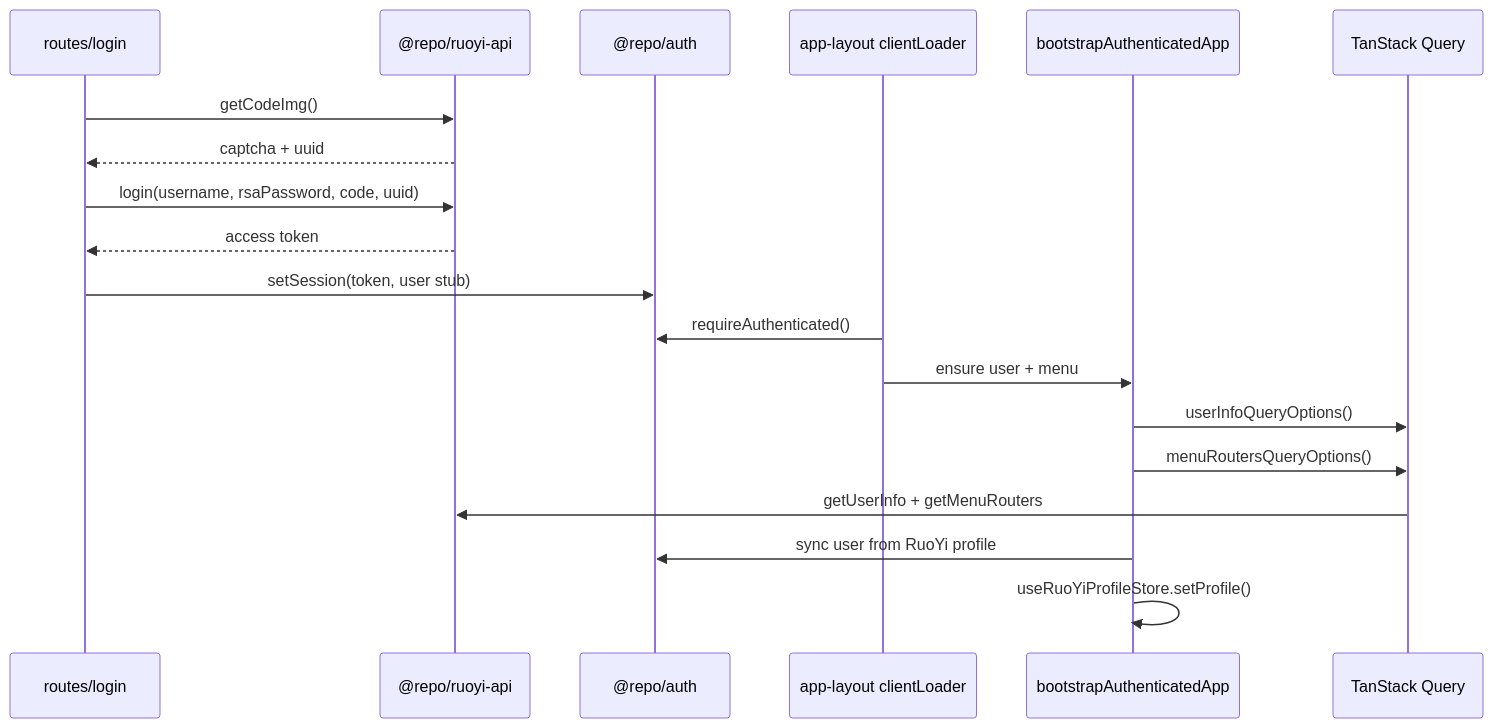
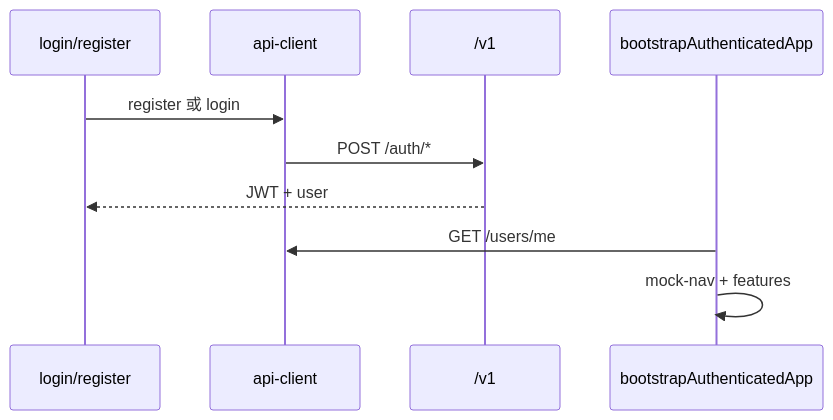
The diagram in docs/architecture/backend-integration.md (dujiaoai/map-design), drawn with Mermaid before and after one commit. The commit also changed other lines of this file and 15 other files, not shown here.

````diff
--- a/docs/architecture/backend-integration.md
+++ b/docs/architecture/backend-integration.md
@@ -63,23 +45,13 @@
 ```mermaid
 sequenceDiagram
-  participant Login as routes/login
-  participant RuoYi as @repo/ruoyi-api
-  participant Auth as @repo/auth
-  participant Layout as app-layout clientLoader
+  participant Login as login/register
+  participant API as api-client
+  participant SaaS as /v1
   participant Bootstrap as bootstrapAuthenticatedApp
-  participant Query as TanStack Query
 
-  Login->>RuoYi: getCodeImg()
-  RuoYi-->>Login: captcha + uuid
-  Login->>RuoYi: login(username, rsaPassword, code, uuid)
-  RuoYi-->>Login: access token
-  Login->>Auth: setSession(token, user stub)
-
-  Layout->>Auth: requireAuthenticated()
-  Layout->>Bootstrap: ensure user + menu
-  Bootstrap->>Query: userInfoQueryOptions()
-  Bootstrap->>Query: menuRoutersQueryOptions()
-  Query->>RuoYi: getUserInfo + getMenuRouters
-  Bootstrap->>Auth: sync user from RuoYi profile
-  Bootstrap->>Bootstrap: useRuoYiProfileStore.setProfile()
+  Login->>API: register 或 login
+  API->>SaaS: POST /auth/*
+  SaaS-->>Login: JWT + user
+  Bootstrap->>API: GET /users/me
+  Bootstrap->>Bootstrap: mock-nav + features
 ```
````
